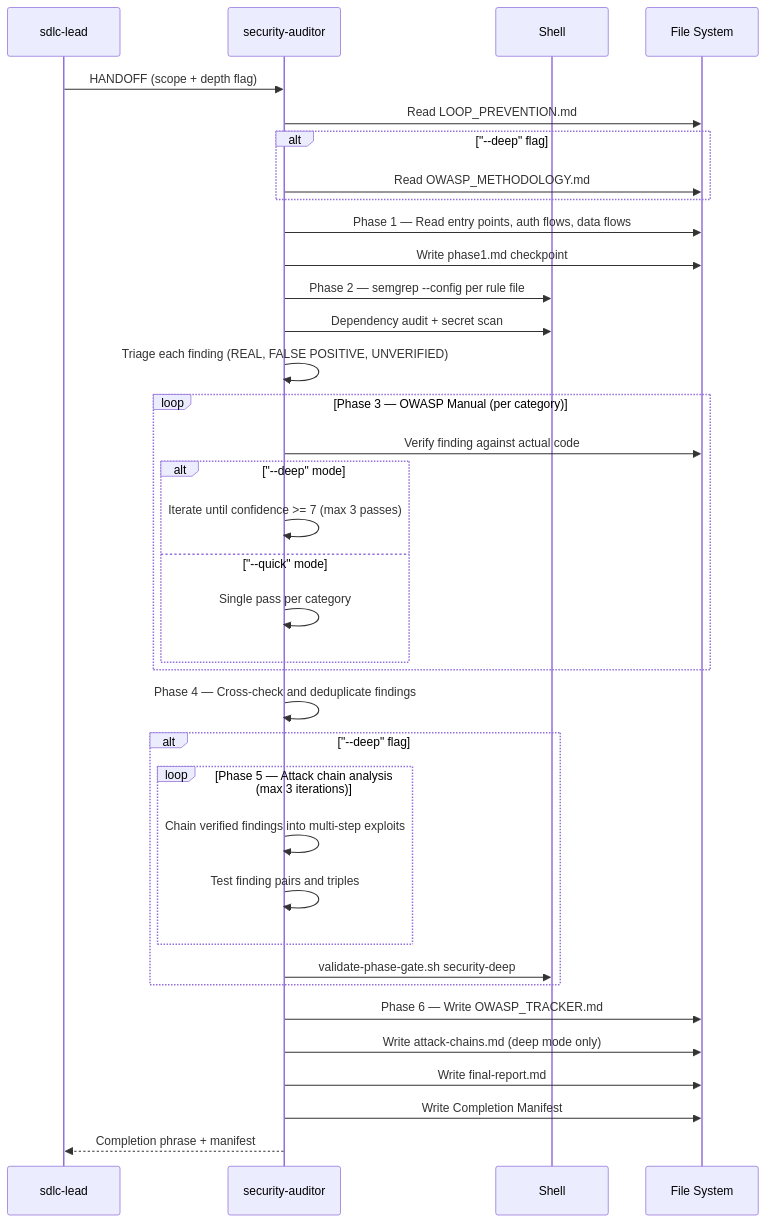
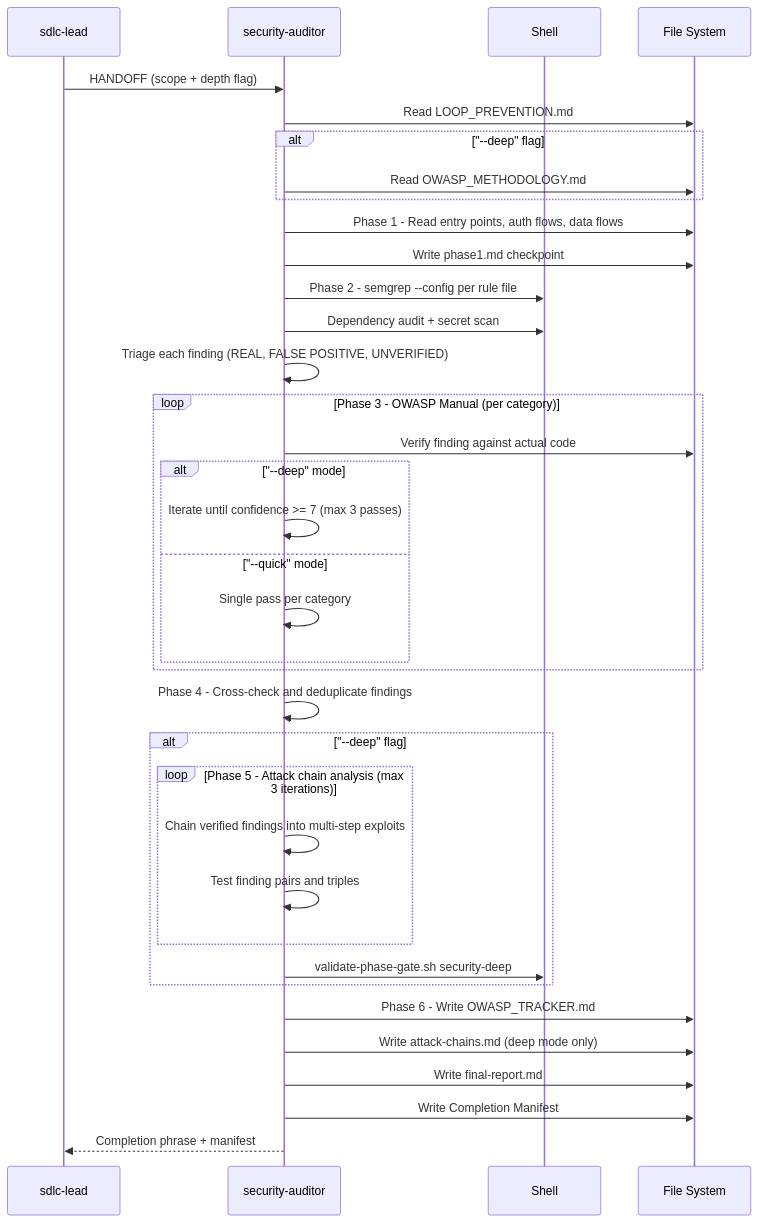
One commit to bpmforge/attest changed the diagram in docs/review/05-agents/04-security-auditor.md. Above: the diagram before and after it, drawn with Mermaid. The commit also changed 28 other files, not shown here.

First line of the commit message:
docs: refresh all docs for v1.1-v1.6 + autofix mermaid in review book

````diff
--- a/docs/review/05-agents/04-security-auditor.md
+++ b/docs/review/05-agents/04-security-auditor.md
@@ -13,46 +13,46 @@
 ```mermaid
 sequenceDiagram
     participant LEAD as sdlc-lead
     participant SEC as security-auditor
     participant SH as Shell
     participant FS as File System
 
     LEAD->>SEC: HANDOFF (scope + depth flag)
     SEC->>FS: Read LOOP_PREVENTION.md
 
     alt "--deep" flag
         SEC->>FS: Read OWASP_METHODOLOGY.md
     end
 
-    SEC->>FS: Phase 1 — Read entry points, auth flows, data flows
+    SEC->>FS: Phase 1 - Read entry points, auth flows, data flows
     SEC->>FS: Write phase1.md checkpoint
 
-    SEC->>SH: Phase 2 — semgrep --config per rule file
+    SEC->>SH: Phase 2 - semgrep --config per rule file
     SEC->>SH: Dependency audit + secret scan
     SEC->>SEC: Triage each finding (REAL, FALSE POSITIVE, UNVERIFIED)
 
-    loop Phase 3 — OWASP Manual (per category)
+    loop Phase 3 - OWASP Manual (per category)
         SEC->>FS: Verify finding against actual code
         alt "--deep" mode
             SEC->>SEC: Iterate until confidence >= 7 (max 3 passes)
         else "--quick" mode
             SEC->>SEC: Single pass per category
         end
     end
 
-    SEC->>SEC: Phase 4 — Cross-check and deduplicate findings
+    SEC->>SEC: Phase 4 - Cross-check and deduplicate findings
 
     alt "--deep" flag
-        loop Phase 5 — Attack chain analysis (max 3 iterations)
+        loop Phase 5 - Attack chain analysis (max 3 iterations)
             SEC->>SEC: Chain verified findings into multi-step exploits
             SEC->>SEC: Test finding pairs and triples
         end
         SEC->>SH: validate-phase-gate.sh security-deep
     end
 
-    SEC->>FS: Phase 6 — Write OWASP_TRACKER.md
+    SEC->>FS: Phase 6 - Write OWASP_TRACKER.md
     SEC->>FS: Write attack-chains.md (deep mode only)
     SEC->>FS: Write final-report.md
     SEC->>FS: Write Completion Manifest
     SEC-->>LEAD: Completion phrase + manifest
 ```
````
